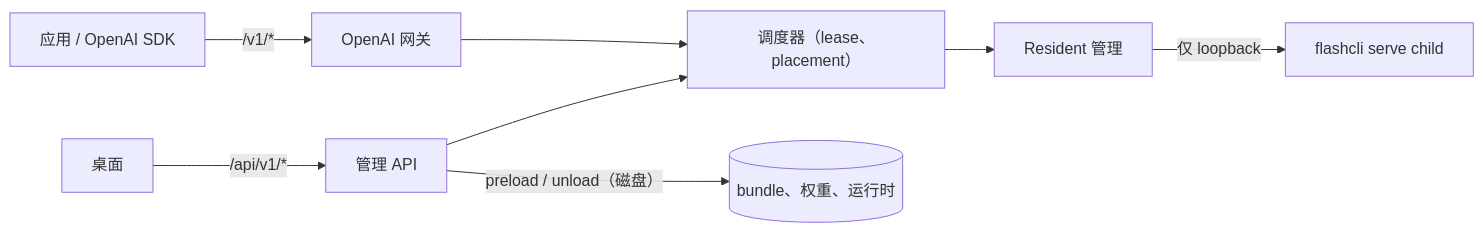
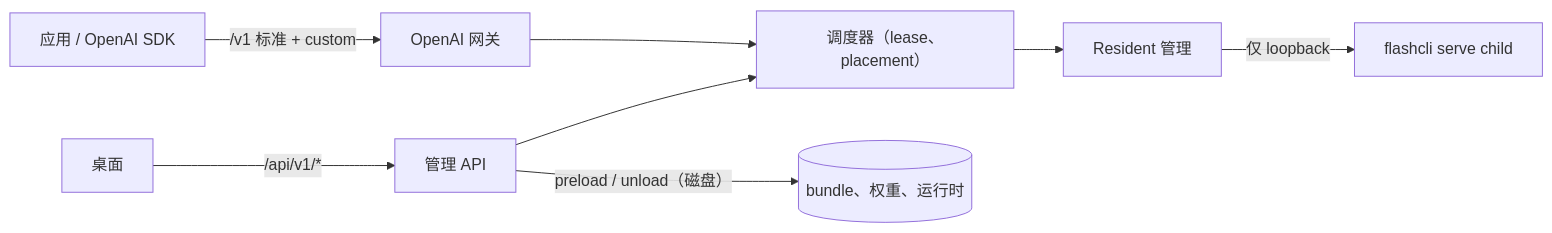
The second of 3 diagrams in docs/architecture.zh-CN.md (aodianyun/flashcli), drawn with Mermaid before and after one commit. The commit also changed other lines of this file and 49 other files, not shown here.

First line of the commit message:
docs(architecture): regenerate all diagrams in the house style

````diff
--- a/docs/architecture.zh-CN.md
+++ b/docs/architecture.zh-CN.md
@@ -136,10 +140,10 @@
 ```mermaid
 flowchart LR
-  A["应用 / OpenAI SDK"] -- "/v1/*" --> G["OpenAI 网关"]
+  A["应用 / OpenAI SDK"] -- "/v1 标准 + custom" --> G["OpenAI 网关"]
   D["桌面"] -- "/api/v1/*" --> C["管理 API"]
   G --> S["调度器（lease、placement）"]
   C --> S
   S --> M["Resident 管理"]
   M -- "仅 loopback" --> P["flashcli serve child"]
   C -- "preload / unload（磁盘）" --> H[(bundle、权重、运行时)]
 ```
````
